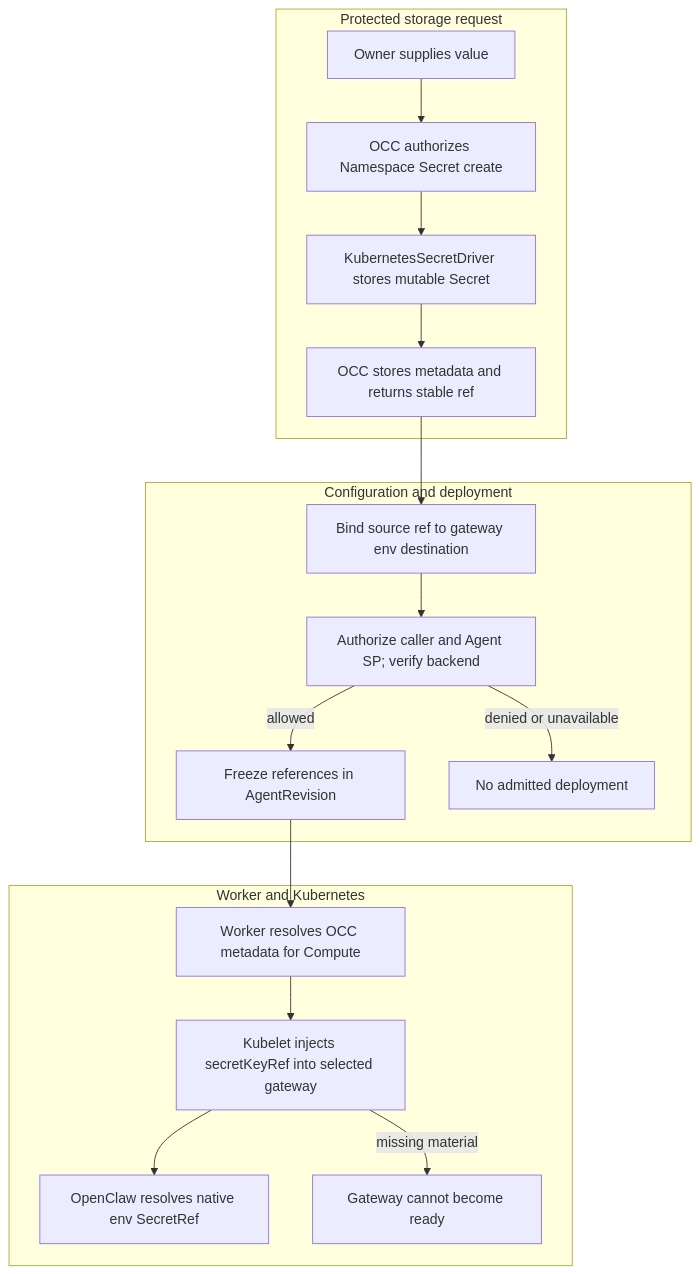
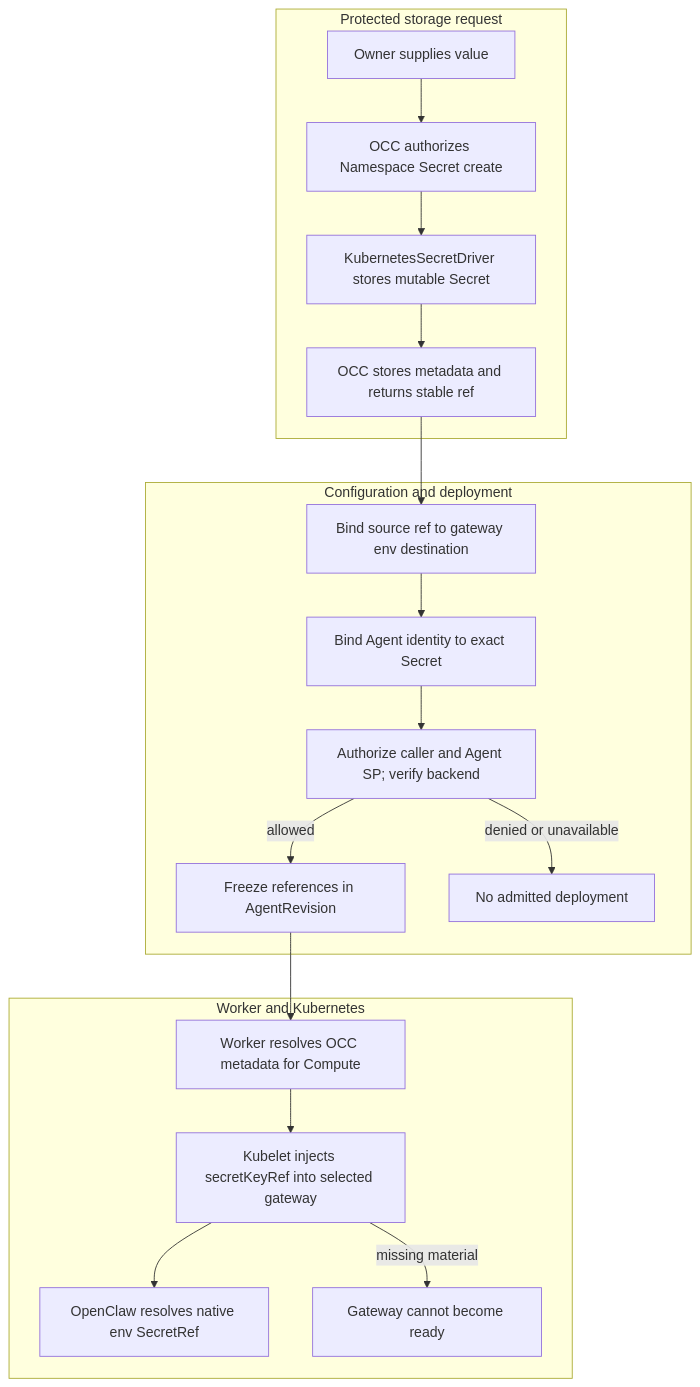
Before and after one commit to IsaiahStapleton/openclaw-enterprise: the diagram in docs/flows/secret-storage-and-delivery.md, drawn with Mermaid. The commit also changed other lines of this file and 9 other files, not shown here.

````diff
--- a/docs/flows/secret-storage-and-delivery.md
+++ b/docs/flows/secret-storage-and-delivery.md
@@ -35,20 +38,21 @@
 ```mermaid
 graph TD
   subgraph Storage["Protected storage request"]
     A["Owner supplies value"] --> B["OCC authorizes Namespace Secret create"]
     B --> C["KubernetesSecretDriver stores mutable Secret"]
     C --> D["OCC stores metadata and returns stable ref"]
   end
   subgraph Admission["Configuration and deployment"]
     D --> E["Bind source ref to gateway env destination"]
-    E --> F["Authorize caller and Agent SP; verify backend"]
+    E --> P["Bind Agent identity to exact Secret"]
+    P --> F["Authorize caller and Agent SP; verify backend"]
     F -->|allowed| G["Freeze references in AgentRevision"]
     F -->|denied or unavailable| X["No admitted deployment"]
   end
   subgraph Runtime["Worker and Kubernetes"]
     G --> H["Worker resolves OCC metadata for Compute"]
     H --> I["Kubelet injects secretKeyRef into selected gateway"]
     I --> J["OpenClaw resolves native env SecretRef"]
     I -->|missing material| Y["Gateway cannot become ready"]
   end
 ```
````
